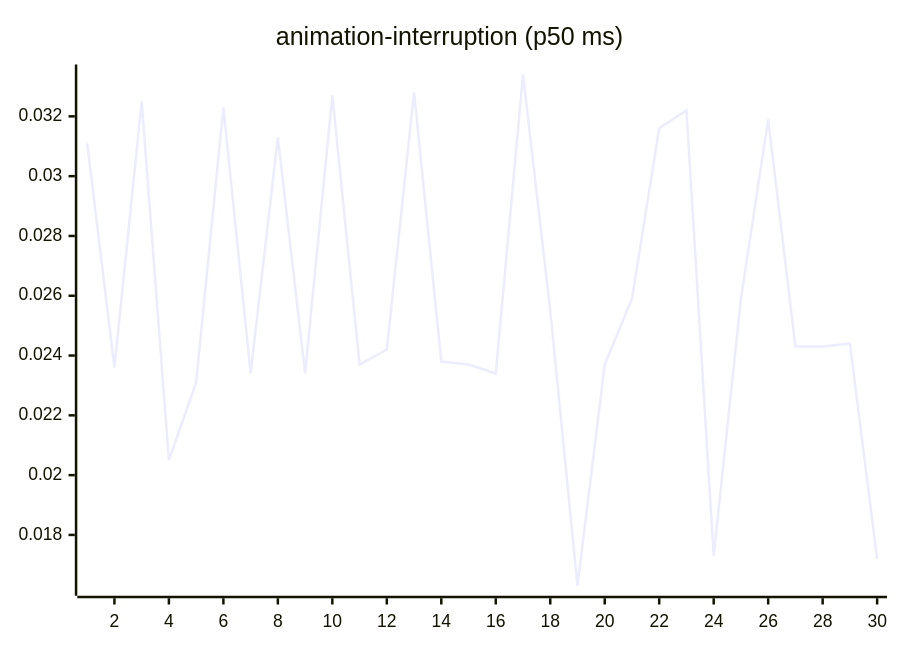
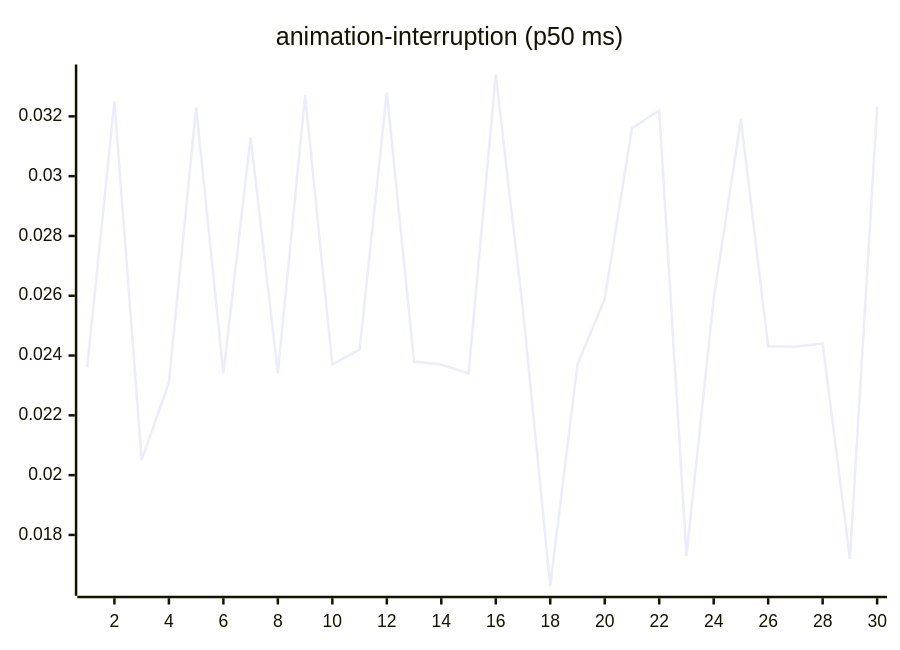
The third of 27 diagrams in README.md (josha/Facet), drawn with Mermaid before and after one commit. The commit also changed other lines of this file and 2 other files, not shown here.

````diff
--- a/README.md
+++ b/README.md
@@ -77,6 +77,6 @@
 ```mermaid
 xychart-beta
     title "animation-interruption (p50 ms)"
     x-axis 1 --> 30
-    line [0.0311, 0.0236, 0.0325, 0.0205, 0.0231, 0.0323, 0.0234, 0.0313, 0.0234, 0.0327, 0.0237, 0.0242, 0.0328, 0.0238, 0.0237, 0.0234, 0.0334, 0.0255, 0.0163, 0.0237, 0.0259, 0.0316, 0.0322, 0.0173, 0.0259, 0.0319, 0.0243, 0.0243, 0.0244, 0.0172]
+    line [0.0236, 0.0325, 0.0205, 0.0231, 0.0323, 0.0234, 0.0313, 0.0234, 0.0327, 0.0237, 0.0242, 0.0328, 0.0238, 0.0237, 0.0234, 0.0334, 0.0255, 0.0163, 0.0237, 0.0259, 0.0316, 0.0322, 0.0173, 0.0259, 0.0319, 0.0243, 0.0243, 0.0244, 0.0172, 0.0323]
 ```
````
